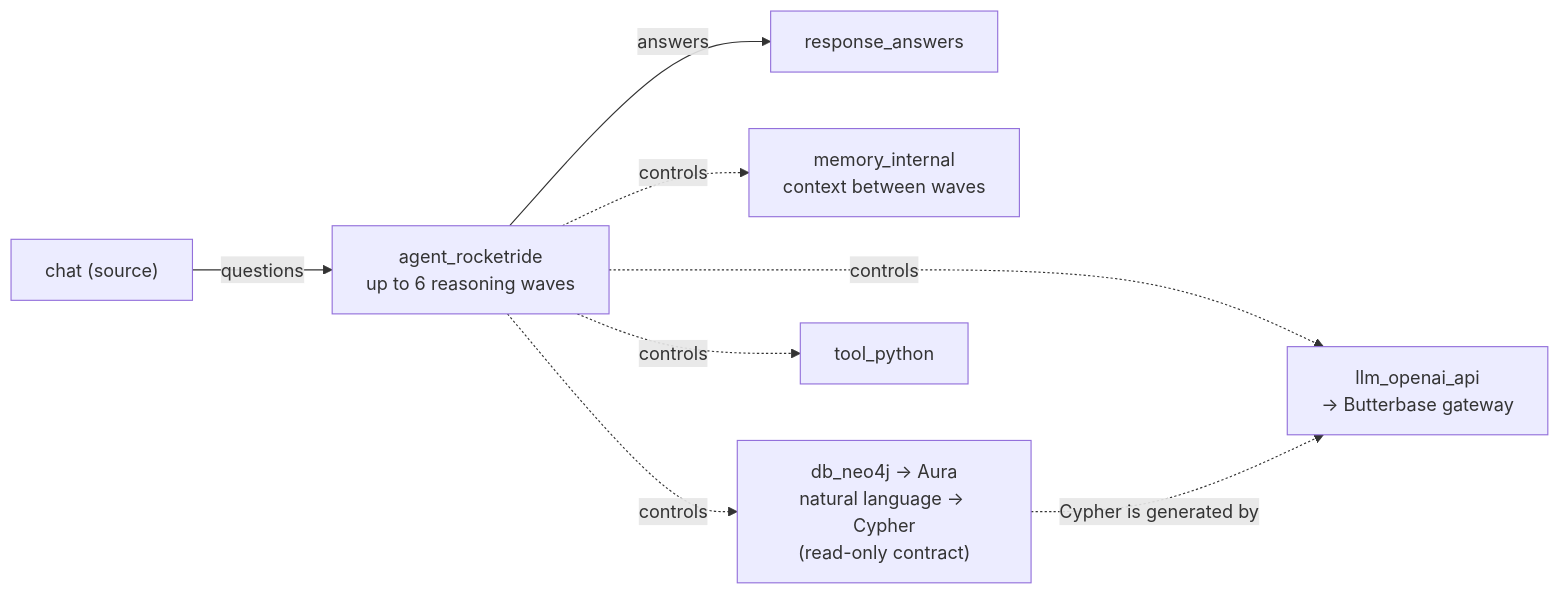
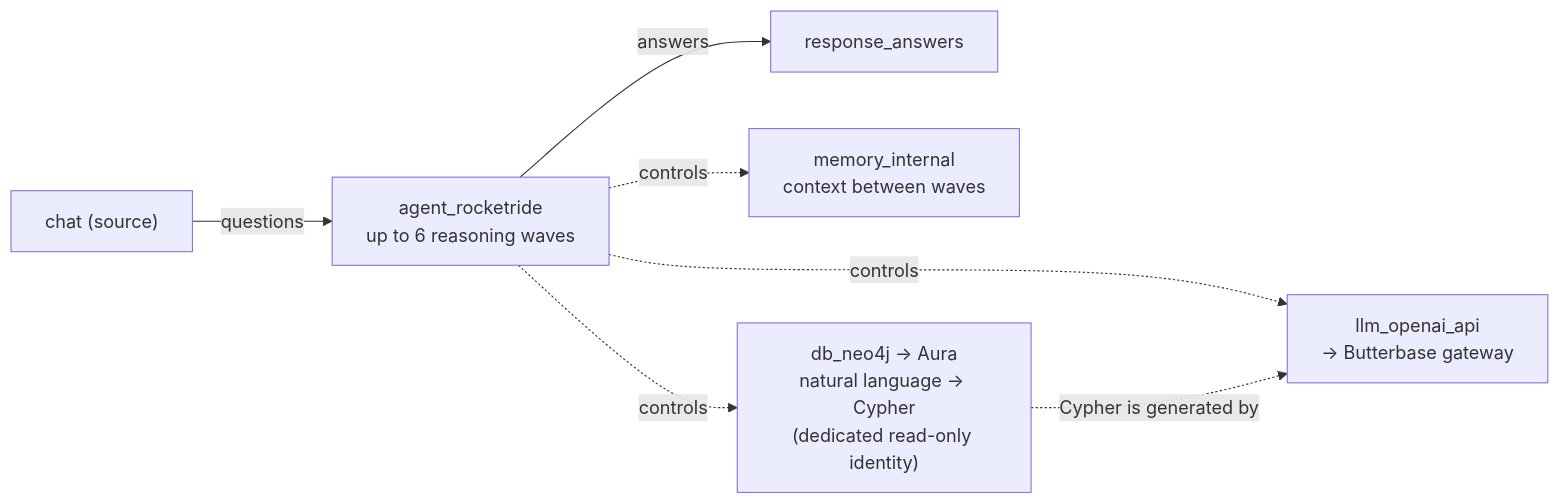
The fifth of 6 diagrams in README.md (samshanmukh/Paper-to-Results-Graph), drawn with Mermaid before and after one commit. The commit also changed other lines of this file and 60 other files, not shown here.

````diff
--- a/README.md
+++ b/README.md
@@ -219,10 +219,9 @@
 ```mermaid
 flowchart LR
     CHAT["chat (source)"] -->|questions| AG["agent_rocketride<br/>up to 6 reasoning waves"]
     AG -->|answers| RESP["response_answers"]
     AG -. controls .-> LLM["llm_openai_api<br/>→ Butterbase gateway"]
     AG -. controls .-> MEM["memory_internal<br/>context between waves"]
-    AG -. controls .-> NEO4J["db_neo4j → Aura<br/>natural language → Cypher<br/>(read-only contract)"]
-    AG -. controls .-> PY["tool_python"]
+    AG -. controls .-> NEO4J["db_neo4j → Aura<br/>natural language → Cypher<br/>(dedicated read-only identity)"]
     NEO4J -. "Cypher is generated by" .-> LLM
 ```
````
